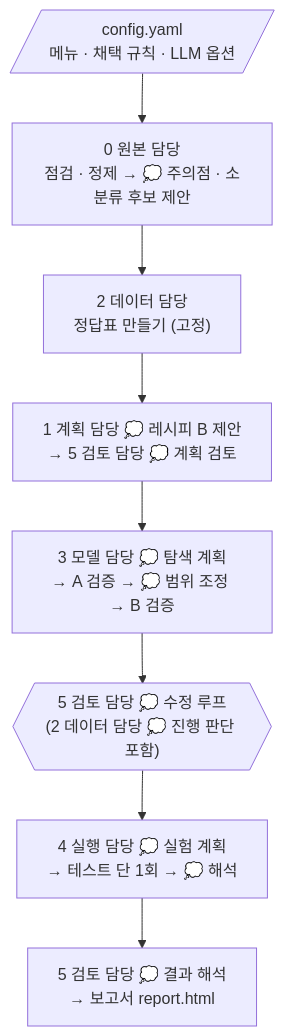
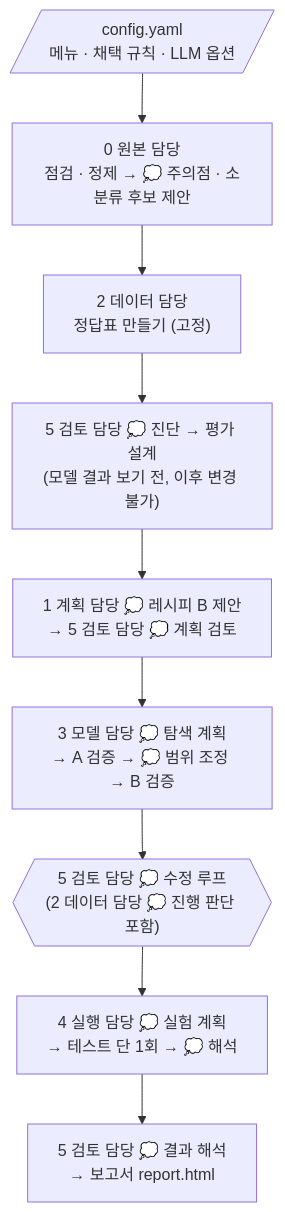
One commit to all4null/automl-agent-2026-2 changed the second of 4 diagrams in README.md. Above: the diagram before and after it, drawn with Mermaid. The commit also changed other lines of this file and 16 other files, not shown here.

````diff
--- a/README.md
+++ b/README.md
@@ -47,13 +47,14 @@
 ```mermaid
 flowchart TD
     CFG[/"config.yaml<br/>메뉴 · 채택 규칙 · LLM 옵션"/]
     RAW["0 원본 담당<br/>점검 · 정제 → 💭 주의점 · 소분류 후보 제안"]
     TRUTH["2 데이터 담당<br/>정답표 만들기 (고정)"]
+    DIAG["5 검토 담당 💭 진단 → 평가 설계<br/>(모델 결과 보기 전, 이후 변경 불가)"]
     PLAN["1 계획 담당 💭 레시피 B 제안<br/>→ 5 검토 담당 💭 계획 검토"]
     MPLAN["3 모델 담당 💭 탐색 계획<br/>→ A 검증 → 💭 범위 조정 → B 검증"]
     LOOP{{"5 검토 담당 💭 수정 루프<br/>(2 데이터 담당 💭 진행 판단 포함)"}}
     EXE["4 실행 담당 💭 실험 계획<br/>→ 테스트 단 1회 → 💭 해석"]
     REP["5 검토 담당 💭 결과 해석<br/>→ 보고서 report.html"]
 
-    CFG --> RAW --> TRUTH --> PLAN --> MPLAN --> LOOP --> EXE --> REP
+    CFG --> RAW --> TRUTH --> DIAG --> PLAN --> MPLAN --> LOOP --> EXE --> REP
 ```
````
